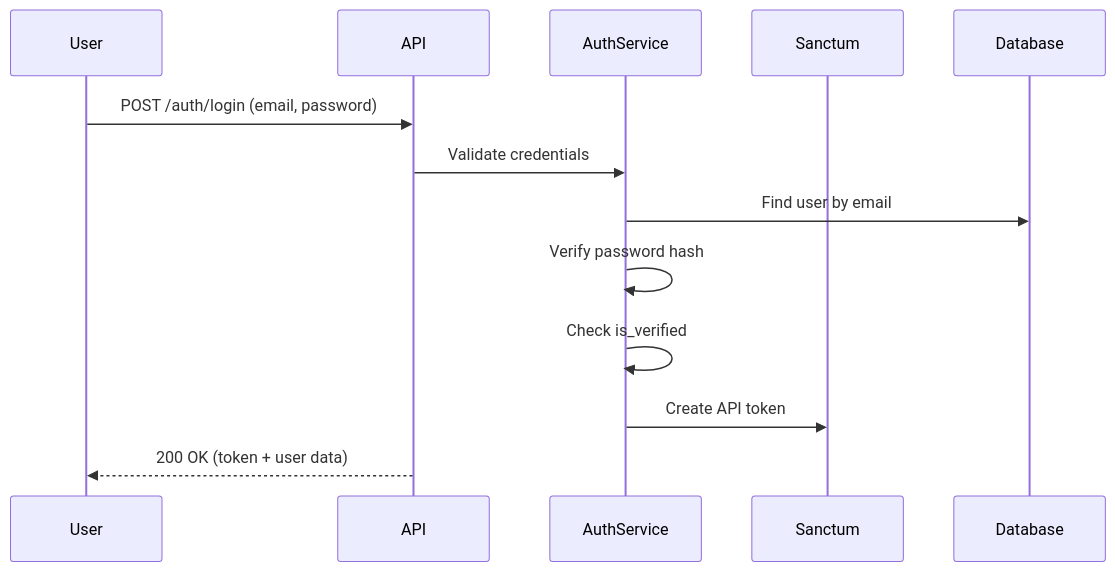
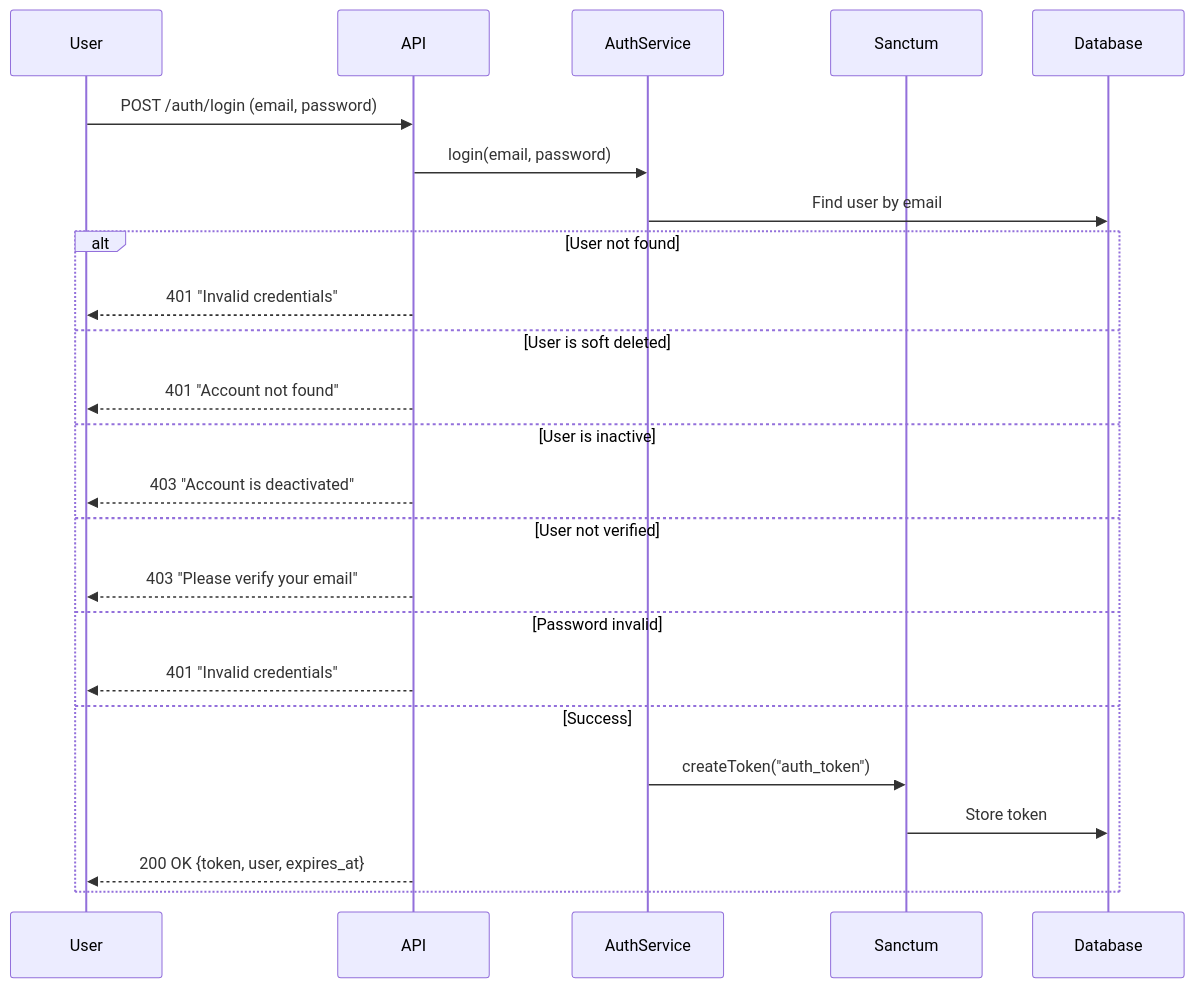
One commit to YousefAlTohamy/Safarni changed the third of 5 diagrams in README.md. Above: the diagram before and after it, drawn with Mermaid. The commit also changed other lines of this file, not shown here.

````diff
--- a/README.md
+++ b/README.md
@@ -647,16 +810,28 @@
 ```mermaid
 sequenceDiagram
     participant User
     participant API
     participant AuthService
     participant Sanctum
     participant Database
 
     User->>API: POST /auth/login (email, password)
-    API->>AuthService: Validate credentials
+    API->>AuthService: login(email, password)
     AuthService->>Database: Find user by email
-    AuthService->>AuthService: Verify password hash
-    AuthService->>AuthService: Check is_verified
-    AuthService->>Sanctum: Create API token
-    API-->>User: 200 OK (token + user data)
+    
+    alt User not found
+        API-->>User: 401 "Invalid credentials"
+    else User is soft deleted
+        API-->>User: 401 "Account not found"
+    else User is inactive
+        API-->>User: 403 "Account is deactivated"
+    else User not verified
+        API-->>User: 403 "Please verify your email"
+    else Password invalid
+        API-->>User: 401 "Invalid credentials"
+    else Success
+        AuthService->>Sanctum: createToken("auth_token")
+        Sanctum->>Database: Store token
+        API-->>User: 200 OK {token, user, expires_at}
+    end
 ```
````
